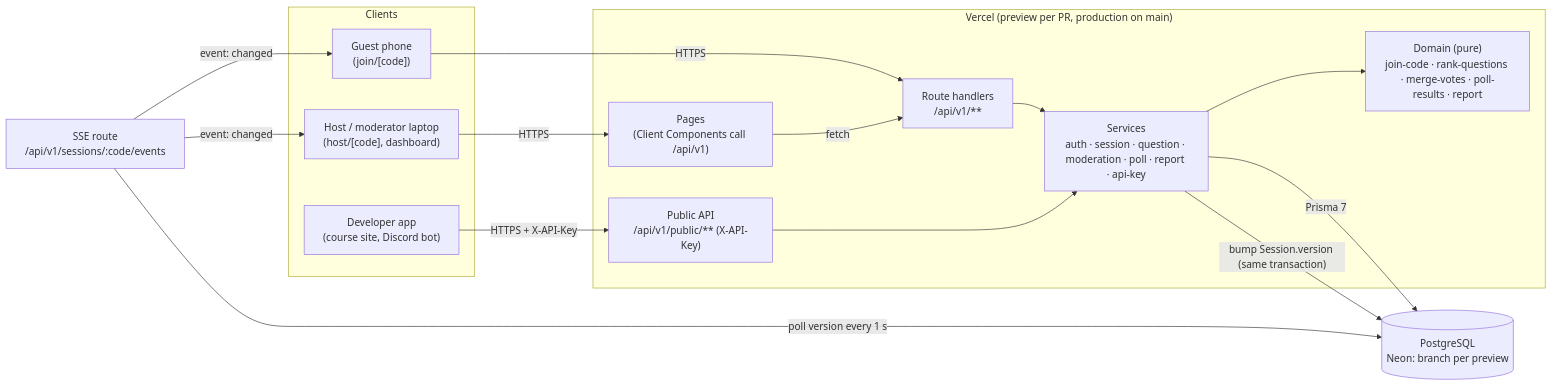
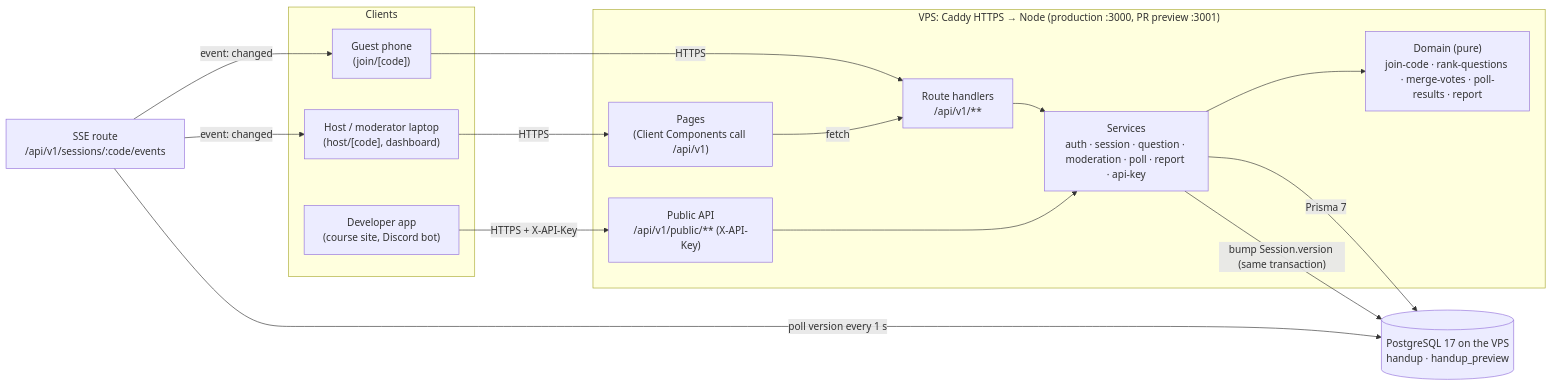
Before and after one commit to geekRoy0126/handup: the first of 3 diagrams in docs/architecture.md, drawn with Mermaid. The commit also changed other lines of this file and 14 other files, not shown here.

First line of the commit message:
ci(#2): deploy every PR to a preview slot and main to production from GitHub Actions

````diff
--- a/docs/architecture.md
+++ b/docs/architecture.md
@@ -8,32 +8,32 @@
 ```mermaid
 flowchart LR
   subgraph Clients
     G["Guest phone<br/>(join/[code])"]
     H["Host / moderator laptop<br/>(host/[code], dashboard)"]
     D["Developer app<br/>(course site, Discord bot)"]
   end
 
-  subgraph Vercel["Vercel (preview per PR, production on main)"]
+  subgraph VPS["VPS: Caddy HTTPS → Node (production :3000, PR preview :3001)"]
     P["Pages<br/>(Client Components call /api/v1)"]
     A["Route handlers<br/>/api/v1/**"]
     PUB["Public API<br/>/api/v1/public/** (X-API-Key)"]
     S["Services<br/>auth · session · question · moderation · poll · report · api-key"]
     DOM["Domain (pure)<br/>join-code · rank-questions · merge-votes · poll-results · report"]
   end
 
-  DB[("PostgreSQL<br/>Neon: branch per preview")]
+  DB[("PostgreSQL 17 on the VPS<br/>handup · handup_preview")]
 
   G -- HTTPS --> A
   H -- HTTPS --> P
   P -- fetch --> A
   D -- HTTPS + X-API-Key --> PUB
   A --> S
   PUB --> S
   S --> DOM
   S -- Prisma 7 --> DB
   SSE["SSE route<br/>/api/v1/sessions/:code/events"]
   S -- "bump Session.version (same transaction)" --> DB
   SSE -- "poll version every 1 s" --> DB
   SSE -- "event: changed" --> G
   SSE -- "event: changed" --> H
 ```
````
